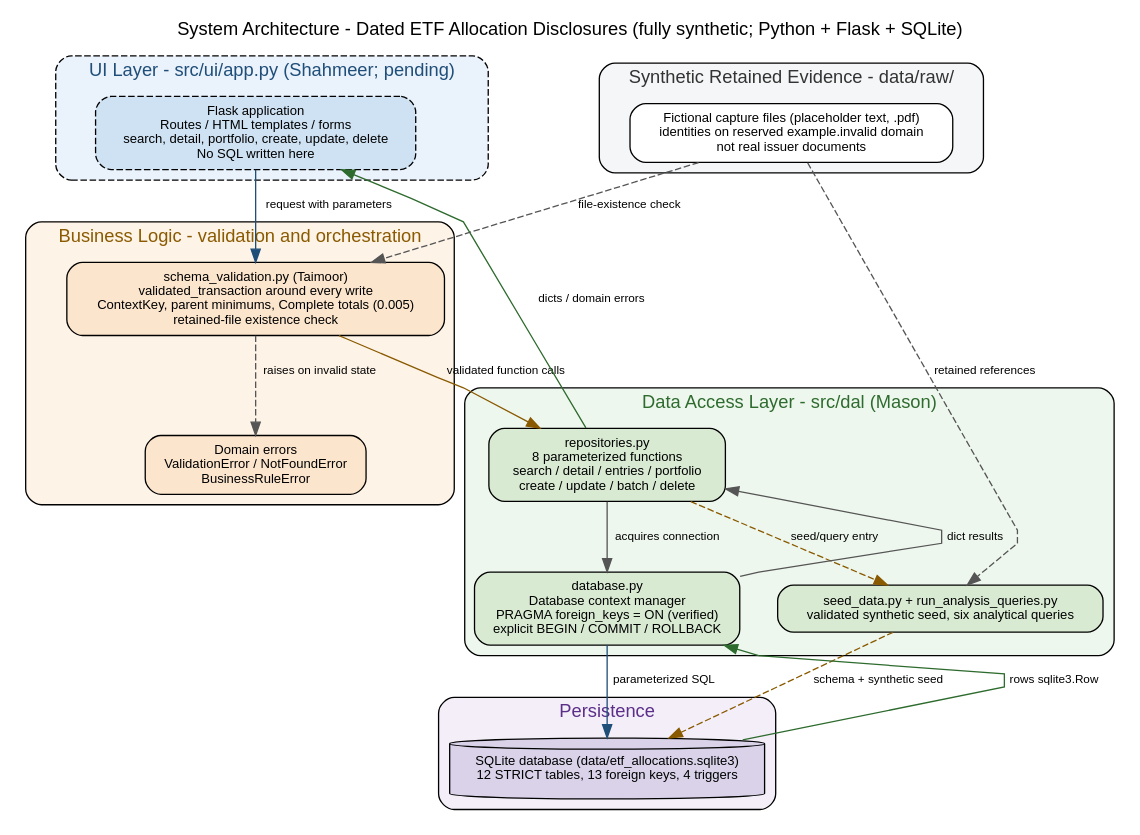
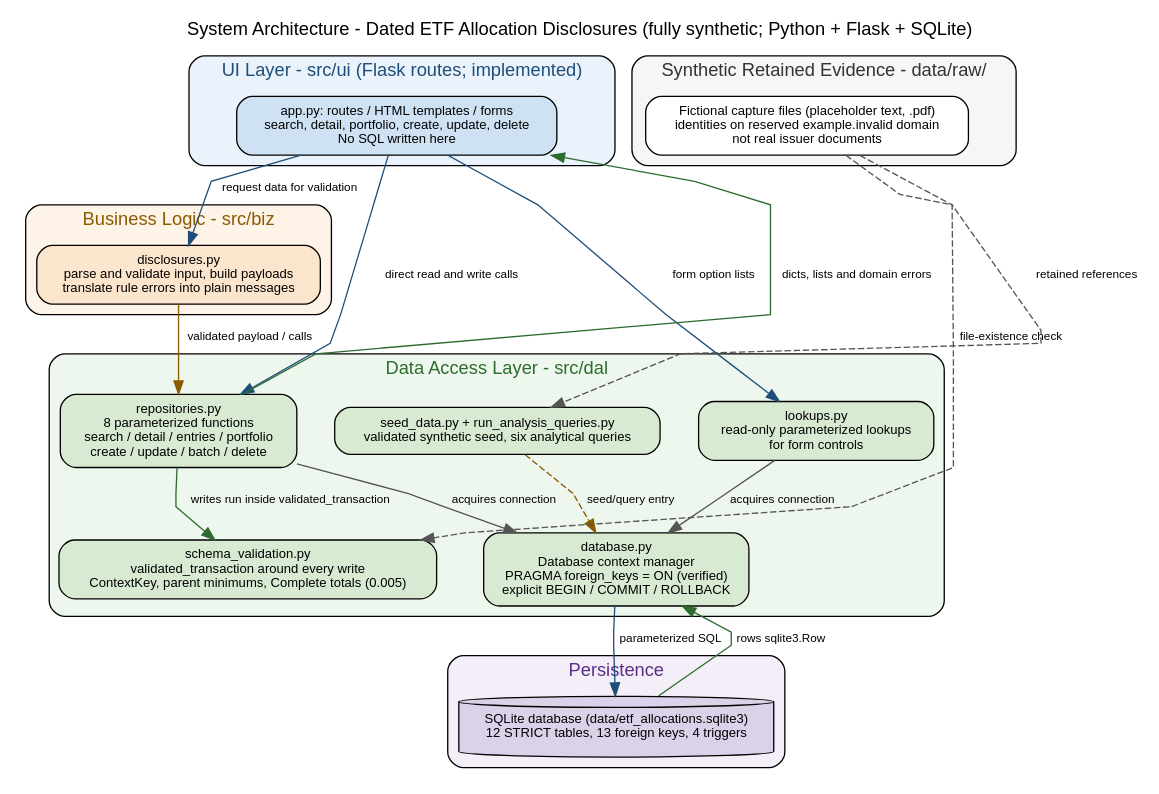
One commit to Pyrex111/CSC501_Data_Modeling_Project changed the diagram in milestones/04_relational/figures/system_architecture.dot. Above: the diagram before and after it, drawn with Graphviz. The commit also changed 16 other files, not shown here.

First line of the commit message:
update data/raw, report and figure

```diff
--- a/milestones/04_relational/figures/system_architecture.dot
+++ b/milestones/04_relational/figures/system_architecture.dot
@@ -1,78 +1,81 @@
 // CSC 501 Milestone 4 - system architecture for the fully synthetic
 // Dated ETF Allocation Disclosures demonstration (Python + Flask + SQLite).
 // Render:
 //   dot -Tpng system_architecture.dot -o system_architecture.png
 //   dot -Tpdf system_architecture.dot -o system_architecture.pdf
 digraph ETFArchitecture {
     rankdir="TB";
     fontname="Helvetica";
     labelloc="t";
     label="System Architecture - Dated ETF Allocation Disclosures (fully synthetic; Python + Flask + SQLite)";
     node [shape=box, style="rounded,filled", fontname="Helvetica", fontsize=10, margin="0.12,0.08"];
     edge [fontname="Helvetica", fontsize=9, color="#555555"];
-    graph [splines=polyline, nodesep=0.4, ranksep=0.6];
+    graph [splines=polyline, nodesep=0.4, ranksep=0.55];
 
-    // ---- UI layer (pending integration) ----------------------------------
+    // ---- UI layer (implemented) -----------------------------------------
     subgraph cluster_ui {
-        label="UI Layer - src/ui/app.py (Shahmeer; pending)";
-        style="rounded,filled,dashed"; fillcolor="#eaf2fb"; fontcolor="#1f4e79";
-        flask [label="Flask application\nRoutes / HTML templates / forms\nsearch, detail, portfolio, create, update, delete\nNo SQL written here",
-               fillcolor="#cfe2f3", style="rounded,filled,dashed"];
+        label="UI Layer - src/ui (Flask routes; implemented)";
+        style="rounded,filled"; fillcolor="#eaf2fb"; fontcolor="#1f4e79";
+        routes [label="app.py: routes / HTML templates / forms\nsearch, detail, portfolio, create, update, delete\nNo SQL written here",
+                fillcolor="#cfe2f3"];
     }
 
-    // ---- Business logic layer --------------------------------------------
+    // ---- Business logic layer -------------------------------------------
     subgraph cluster_biz {
-        label="Business Logic - validation and orchestration";
+        label="Business Logic - src/biz";
         style="rounded,filled"; fillcolor="#fdf3e7"; fontcolor="#8a5a00";
-        validator [label="schema_validation.py (Taimoor)\nvalidated_transaction around every write\nContextKey, parent minimums, Complete totals (0.005)\nretained-file existence check",
-                   fillcolor="#fce5cd"];
-        errors [label="Domain errors\nValidationError / NotFoundError\nBusinessRuleError",
-                fillcolor="#fce5cd"];
+        biz [label="disclosures.py\nparse and validate input, build payloads\ntranslate rule errors into plain messages",
+             fillcolor="#fce5cd"];
     }
 
-    // ---- Data access layer -----------------------------------------------
+    // ---- Data access layer ----------------------------------------------
     subgraph cluster_dal {
-        label="Data Access Layer - src/dal (Mason)";
+        label="Data Access Layer - src/dal";
         style="rounded,filled"; fillcolor="#eef7ee"; fontcolor="#2e6b2e";
         repos [label="repositories.py\n8 parameterized functions\nsearch / detail / entries / portfolio\ncreate / update / batch / delete",
                fillcolor="#d9ead3"];
+        lookups [label="lookups.py\nread-only parameterized lookups\nfor form controls",
+                 fillcolor="#d9ead3"];
+        validator [label="schema_validation.py\nvalidated_transaction around every write\nContextKey, parent minimums, Complete totals (0.005)",
+                   fillcolor="#d9ead3"];
         db [label="database.py\nDatabase context manager\nPRAGMA foreign_keys = ON (verified)\nexplicit BEGIN / COMMIT / ROLLBACK",
             fillcolor="#d9ead3"];
         loader [label="seed_data.py + run_analysis_queries.py\nvalidated synthetic seed, six analytical queries",
                 fillcolor="#d9ead3"];
     }
 
-    // ---- SQLite persistence ----------------------------------------------
+    // ---- SQLite persistence ---------------------------------------------
     subgraph cluster_persist {
         label="Persistence";
         style="rounded,filled"; fillcolor="#f3eef7"; fontcolor="#5b2e8a";
         sqlite [shape=cylinder, label="SQLite database (data/etf_allocations.sqlite3)\n12 STRICT tables, 13 foreign keys, 4 triggers",
                 fillcolor="#d9d2e9"];
     }
 
-    // ---- Synthetic retained evidence -------------------------------------
+    // ---- Synthetic retained evidence ------------------------------------
     subgraph cluster_evidence {
         label="Synthetic Retained Evidence - data/raw/";
         style="rounded,filled"; fillcolor="#f4f6f8"; fontcolor="#333333";
         raw [label="Fictional capture files (placeholder text, .pdf)\nidentities on reserved example.invalid domain\nnot real issuer documents",
              fillcolor="#ffffff"];
     }
 
-    // ---- Main vertical chain (forward edges set the layer order) ---------
-    flask -> validator [label="request with parameters", color="#1f4e79"];
-    validator -> repos [label="validated function calls", color="#8a5a00"];
+    // ---- Request path (forward edges set the layer order) ---------------
+    routes -> biz [label="request data for validation", color="#1f4e79"];
+    routes -> lookups [label="form option lists", color="#1f4e79"];
+    biz -> repos [label="validated payload / calls", color="#8a5a00"];
+    routes -> repos [label="direct read and write calls", color="#1f4e79"];
+    repos -> validator [label="writes run inside validated_transaction", color="#2e6b2e"];
     repos -> db [label="acquires connection"];
+    lookups -> db [label="acquires connection"];
     db -> sqlite [label="parameterized SQL", color="#1f4e79"];
 
-    // ---- Return path (constraint=false keeps the vertical order) ---------
+    // ---- Return path (constraint=false keeps the vertical order) --------
     sqlite -> db [label="rows sqlite3.Row", constraint=false, color="#2e6b2e"];
-    db -> repos [label="dict results", constraint=false];
-    repos -> flask [label="dicts / domain errors", constraint=false, color="#2e6b2e"];
+    repos -> routes [label="dicts, lists and domain errors", constraint=false, color="#2e6b2e"];
 
-    // ---- Within-layer and evidence links ---------------------------------
-    validator -> errors [label="raises on invalid state", style=dashed];
-    repos -> loader [label="seed/query entry", style=dashed, color="#8a5a00"];
-    loader -> sqlite [label="schema + synthetic seed", constraint=false, style=dashed, color="#8a5a00"];
+    // ---- Seed and evidence links ----------------------------------------
+    loader -> db [label="seed/query entry", style=dashed, color="#8a5a00"];
     raw -> loader [label="retained references", constraint=false, style=dashed];
     raw -> validator [label="file-existence check", constraint=false, style=dashed];
 }
```
